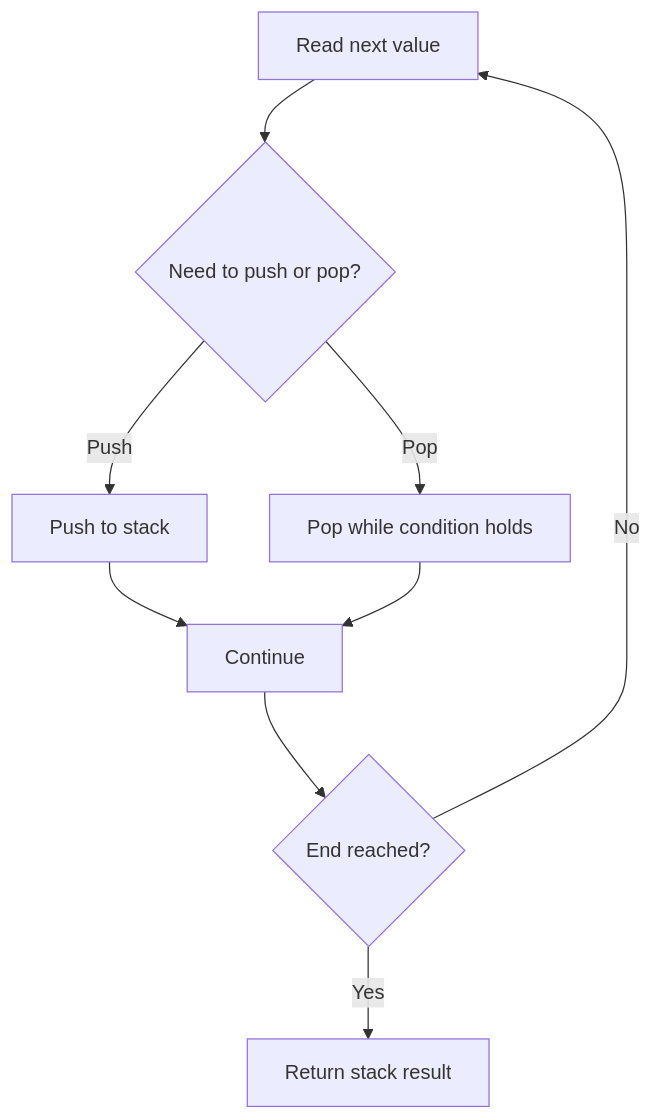
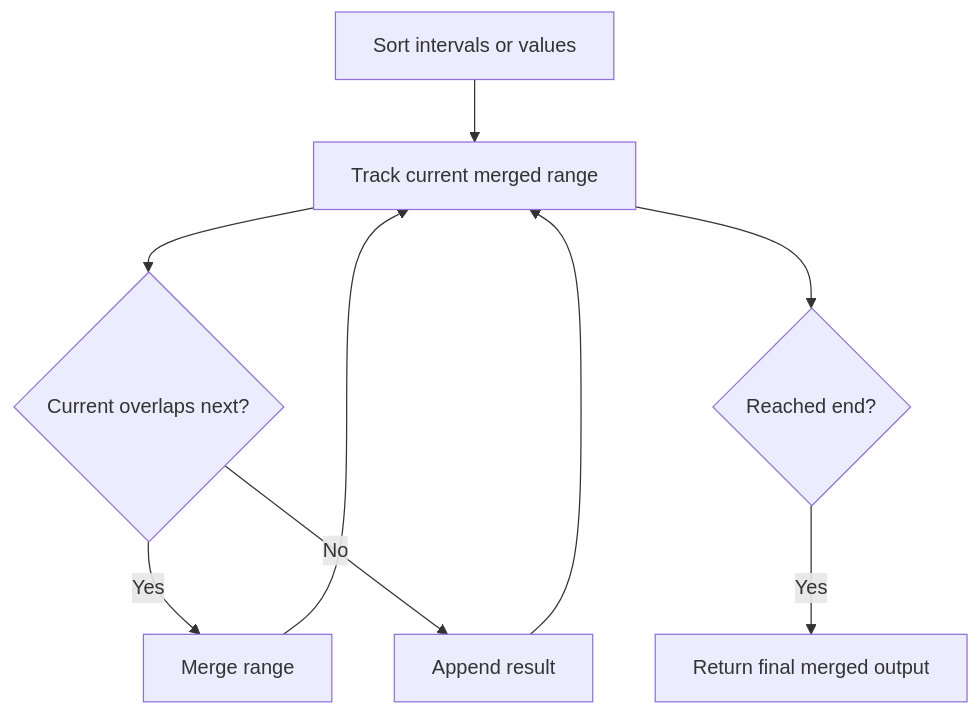
The diagram in NeetCode-Submissions/04.stack/05.carfleet/readme.md (keshav-poojary/Leetcode), drawn with Mermaid before and after one commit. The commit also changed 105 other files, not shown here.

Commit message:
Add NeetCode README docs with mermaid diagrams

````diff
--- a/NeetCode-Submissions/04.stack/05.carfleet/readme.md
+++ b/NeetCode-Submissions/04.stack/05.carfleet/readme.md
@@ -34,11 +34,11 @@
 ```mermaid
 flowchart TD
-    A[Read next value] --> B{Need to push or pop?}
-    B -- Push --> C[Push to stack]
-    B -- Pop --> D[Pop while condition holds]
-    C --> E[Continue]
-    D --> E
-    E --> F{End reached?}
-    F -- No --> A
-    F -- Yes --> G[Return stack result]
+    A[Sort intervals or values] --> B[Track current merged range]
+    B --> C{Current overlaps next?}
+    C -- Yes --> D[Merge range]
+    C -- No --> E[Append result]
+    D --> B
+    E --> B
+    B --> F{Reached end?}
+    F -- Yes --> G[Return final merged output]
 ```
````
